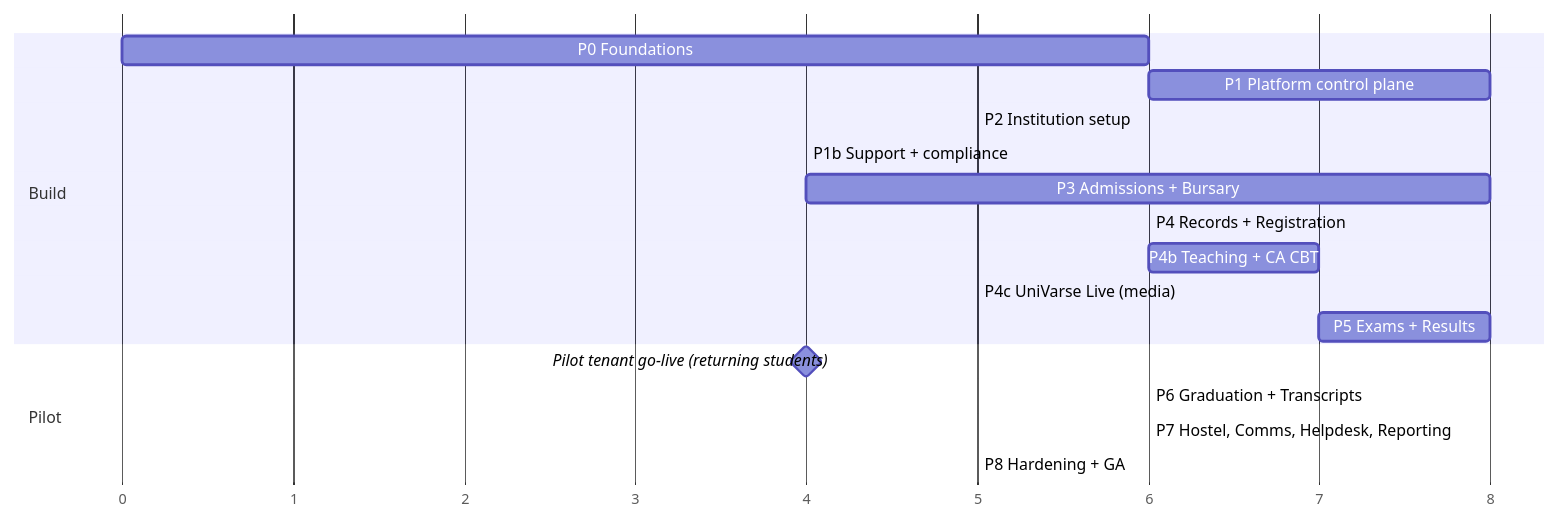
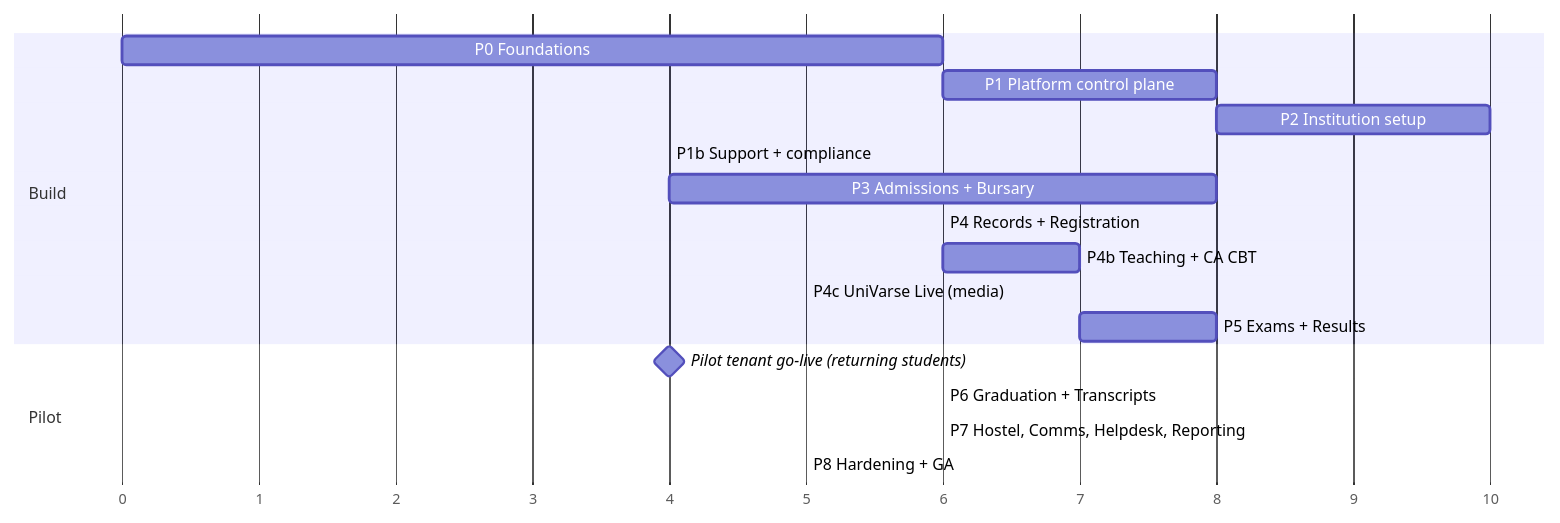
One commit to w1t3ack3r/univarse changed the diagram in docs/18-roadmap.md. Above: the diagram before and after it, drawn with Mermaid. The commit also changed other lines of this file and 9 other files, not shown here.

````diff
--- a/docs/18-roadmap.md
+++ b/docs/18-roadmap.md
@@ -7,20 +7,20 @@
 ```mermaid
 gantt
   dateFormat  X
   axisFormat  %s
   section Build
   P0 Foundations            :p0, 0, 6
   P1 Platform control plane :p1, after p0, 8
-  P2 Institution setup      :p2, after p1, 5
+  P2 Institution setup      :p2, after p1, 10
   P1b Support + compliance  :p1b, after p2, 4
   P3 Admissions + Bursary   :p3, after p1b, 8
   P4 Records + Registration :p4, after p3, 6
   P4b Teaching + CA CBT     :p4b, after p4, 7
   P4c UniVarse Live (media) :p4c, after p4b, 5
   P5 Exams + Results        :p5, after p4b, 8
   section Pilot
   Pilot tenant go-live (returning students) :milestone, after p5, 0
   P6 Graduation + Transcripts :p6, after p5, 6
   P7 Hostel, Comms, Helpdesk, Reporting :p7, after p6, 6
   P8 Hardening + GA         :p8, after p7, 5
 ```
````
